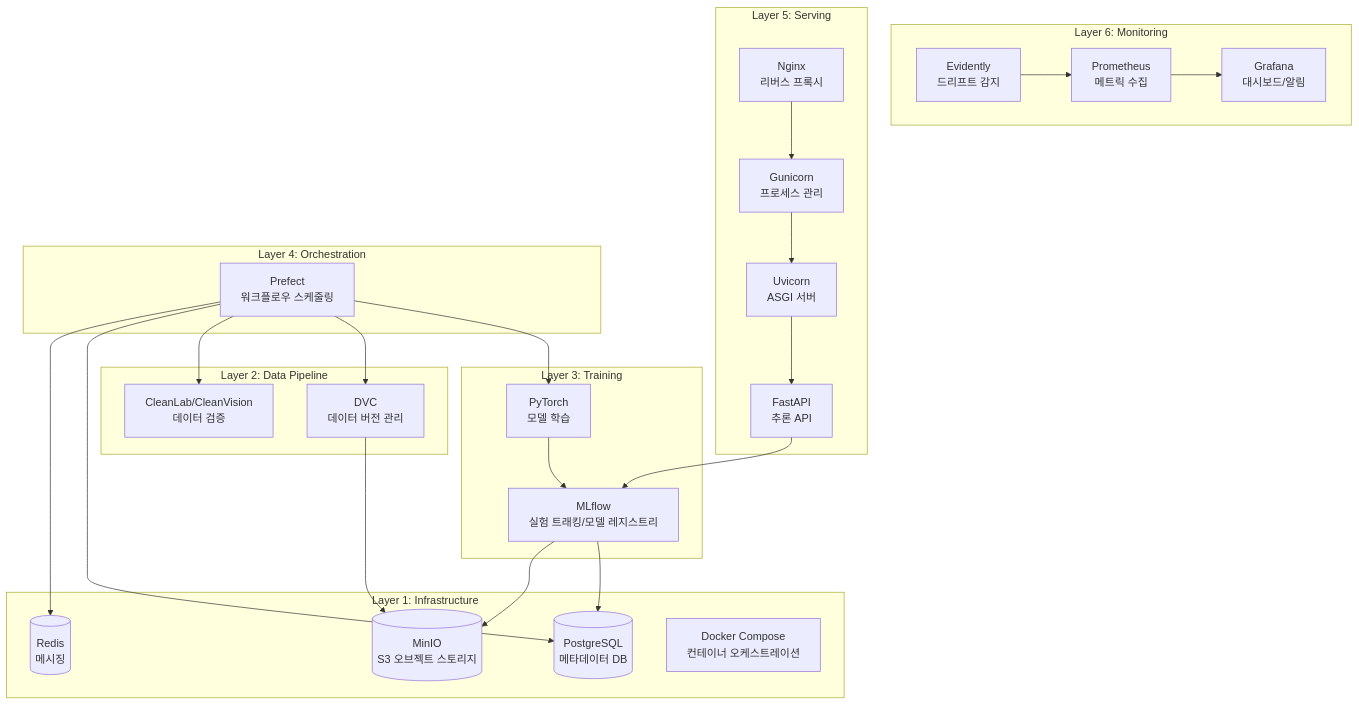
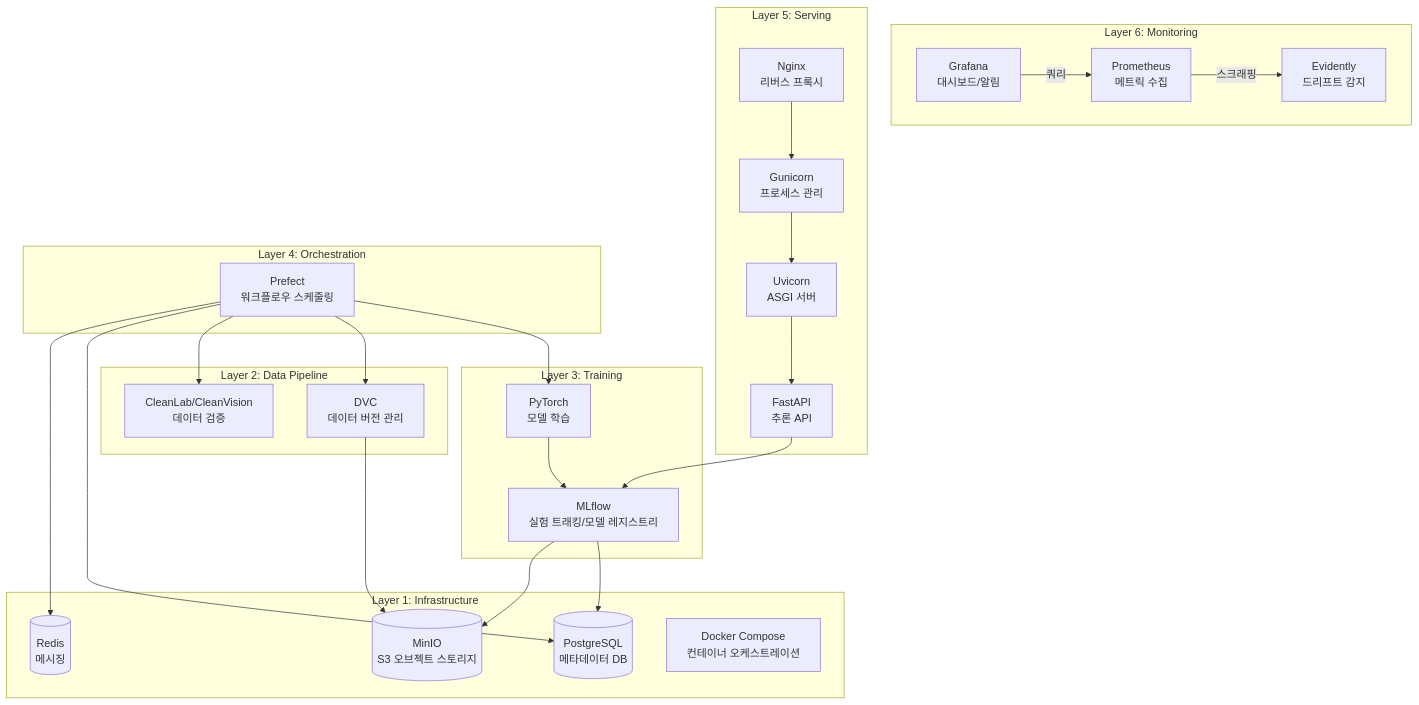
The first of 3 diagrams in docs/architecture.md (Jeongho-K/data-flywheel), drawn with Mermaid before and after one commit. The commit also changed other lines of this file and 3 other files, not shown here.

````diff
--- a/docs/architecture.md
+++ b/docs/architecture.md
@@ -5,50 +5,50 @@
 ```mermaid
 graph TB
     subgraph "Layer 6: Monitoring"
         Evidently[Evidently<br/>드리프트 감지]
         Prometheus[Prometheus<br/>메트릭 수집]
         Grafana[Grafana<br/>대시보드/알림]
     end
 
     subgraph "Layer 5: Serving"
         Nginx[Nginx<br/>리버스 프록시]
         Gunicorn[Gunicorn<br/>프로세스 관리]
         Uvicorn[Uvicorn<br/>ASGI 서버]
         FastAPI[FastAPI<br/>추론 API]
     end
 
     subgraph "Layer 4: Orchestration"
         Prefect[Prefect<br/>워크플로우 스케줄링]
     end
 
     subgraph "Layer 3: Training"
         PyTorch[PyTorch<br/>모델 학습]
         MLflow[MLflow<br/>실험 트래킹/모델 레지스트리]
     end
 
     subgraph "Layer 2: Data Pipeline"
         DVC[DVC<br/>데이터 버전 관리]
         CleanLab[CleanLab/CleanVision<br/>데이터 검증]
     end
 
     subgraph "Layer 1: Infrastructure"
         PostgreSQL[(PostgreSQL<br/>메타데이터 DB)]
         MinIO[(MinIO<br/>S3 오브젝트 스토리지)]
         Redis[(Redis<br/>메시징)]
         Docker[Docker Compose<br/>컨테이너 오케스트레이션]
     end
 
     Nginx --> Gunicorn --> Uvicorn --> FastAPI
     Prefect --> PyTorch
     Prefect --> DVC
     Prefect --> CleanLab
     PyTorch --> MLflow
     MLflow --> PostgreSQL
     MLflow --> MinIO
     DVC --> MinIO
     Prefect --> PostgreSQL
     Prefect --> Redis
-    Evidently --> Prometheus
-    Prometheus --> Grafana
+    Prometheus -->|스크래핑| Evidently
+    Grafana -->|쿼리| Prometheus
     FastAPI --> MLflow
 ```
````
